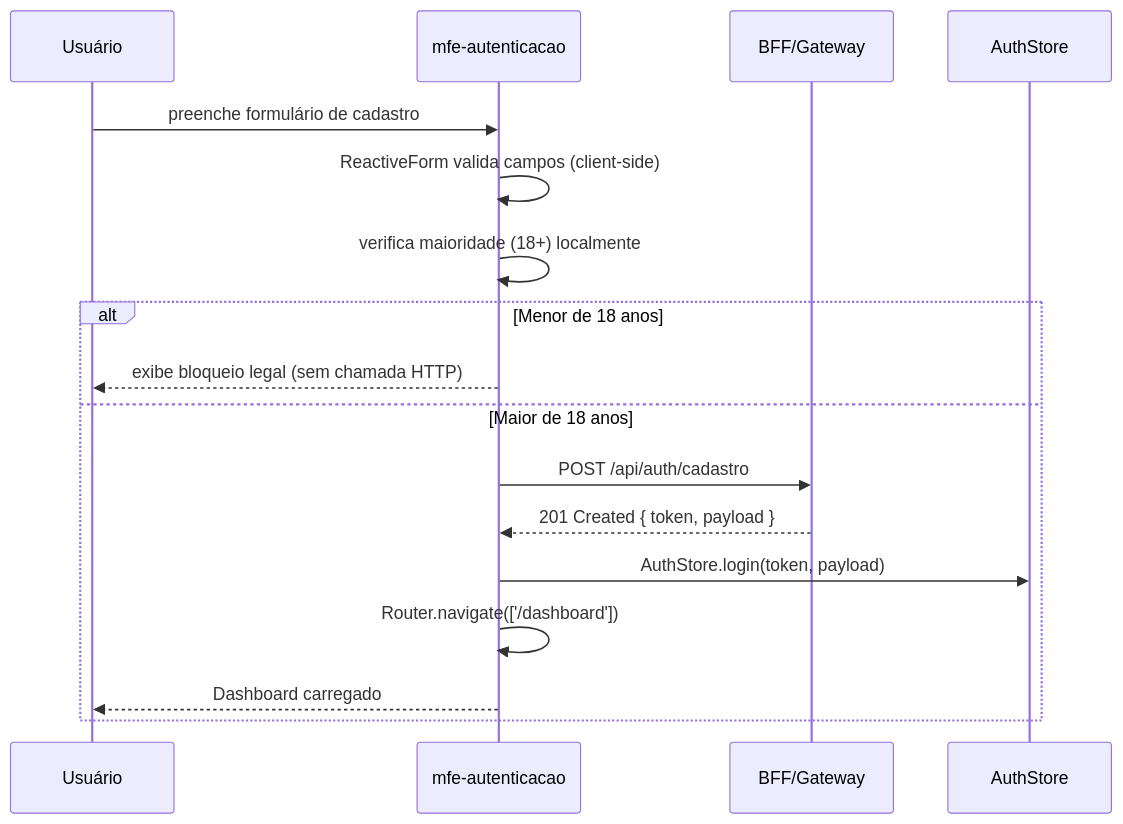
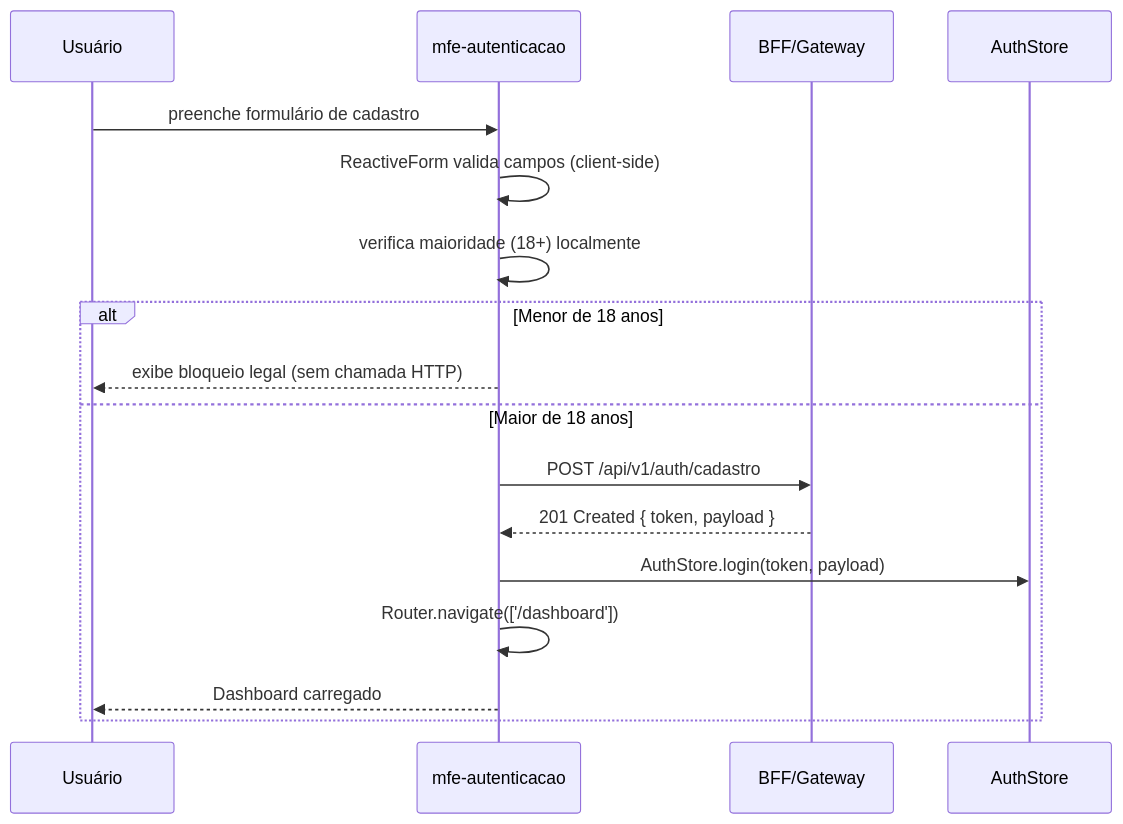
One commit to vanderleik/vinho-notas-v2 changed the seventh of 12 diagrams in docs/arquitetura/VinhoNotas_ArquiteturaFrontend.md. Above: the diagram before and after it, drawn with Mermaid. The commit also changed other lines of this file and 14 other files, not shown here.

````diff
--- a/docs/arquitetura/VinhoNotas_ArquiteturaFrontend.md
+++ b/docs/arquitetura/VinhoNotas_ArquiteturaFrontend.md
@@ -650,20 +651,20 @@
 ```mermaid
 sequenceDiagram
     participant U    as Usuário
     participant AUTH as mfe-autenticacao
     participant BFF  as BFF/Gateway
     participant STR  as AuthStore
 
     U    ->> AUTH: preenche formulário de cadastro
     AUTH ->> AUTH: ReactiveForm valida campos (client-side)
     AUTH ->> AUTH: verifica maioridade (18+) localmente
     alt Menor de 18 anos
         AUTH -->> U: exibe bloqueio legal (sem chamada HTTP)
     else Maior de 18 anos
-        AUTH ->> BFF: POST /api/auth/cadastro
+        AUTH ->> BFF: POST /api/v1/auth/cadastro
         BFF  -->> AUTH: 201 Created { token, payload }
         AUTH ->> STR:  AuthStore.login(token, payload)
         AUTH ->> AUTH: Router.navigate(['/dashboard'])
         AUTH -->> U:   Dashboard carregado
     end
 ```
````
